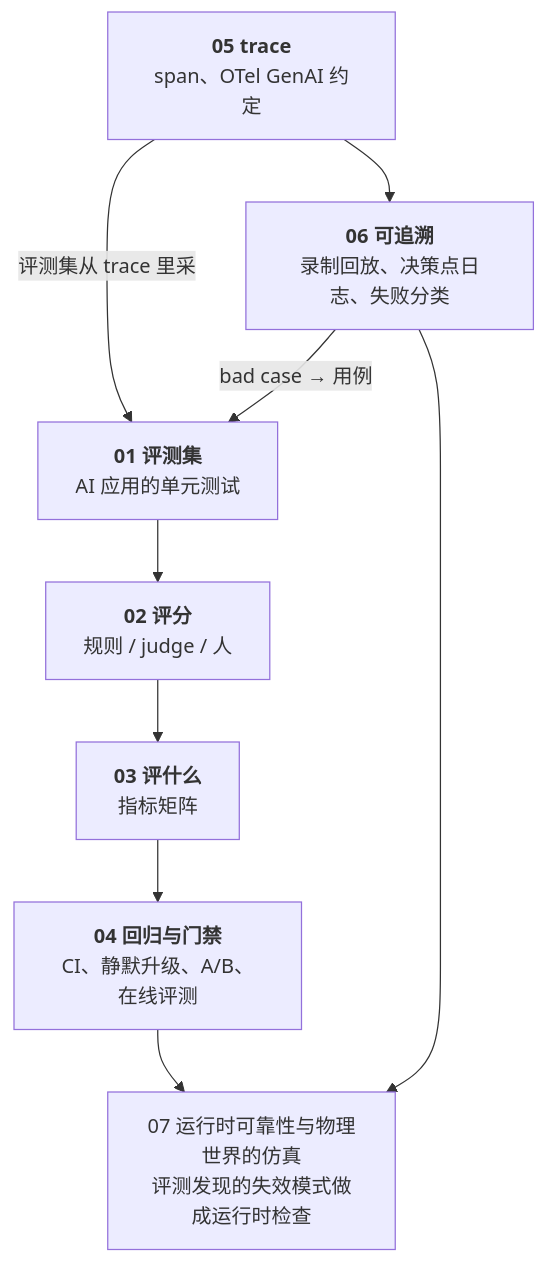
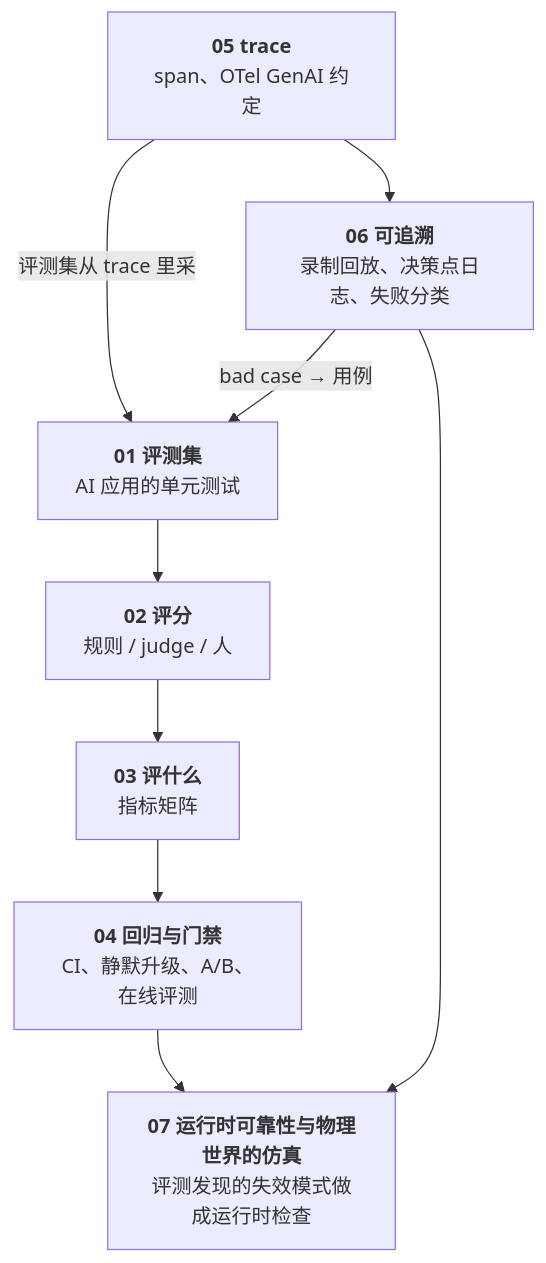
Before and after one commit to arganzheng/arganzheng.github.com: the first of 4 diagrams in _posts/2026-11-06-evals-and-observability-series-recap-and-self-test.md, drawn with Mermaid. The commit also changed other lines of this file and 9 other files, not shown here.

````diff
--- a/_posts/2026-11-06-evals-and-observability-series-recap-and-self-test.md
+++ b/_posts/2026-11-06-evals-and-observability-series-recap-and-self-test.md
@@ -20,11 +20,11 @@
 ```mermaid
 %%{init: {"flowchart": {"wrappingWidth": 170}}}%%
 %% 图：评测、可观测与可追溯全景：评测集 → 评分 → 评什么 → 门禁；trace 是它们共同的数据源
 flowchart TB
     E1["<b>01 评测集</b><br/>AI 应用的单元测试"] --> E2["<b>02 评分</b><br/>规则 / judge / 人"] --> E3["<b>03 评什么</b><br/>指标矩阵"] --> E4["<b>04 回归与门禁</b><br/>CI、静默升级、A/B、在线评测"]
     E5["<b>05 trace</b><br/>span、OTel GenAI 约定"] --> E6["<b>06 可追溯</b><br/>录制回放、决策点日志、失败分类"]
     E5 -- "评测集从 trace 里采" --> E1
     E6 -- "bad case → 用例" --> E1
-    E4 & E6 --> E7["07 运行时可靠性与物理世界的仿真<br/>评测发现的失效模式做成运行时检查"]
+    E4 & E6 --> E7["<b>07 运行时可靠性与物理世界的仿真</b><br/>评测发现的失效模式做成运行时检查"]
 
 ```
````
